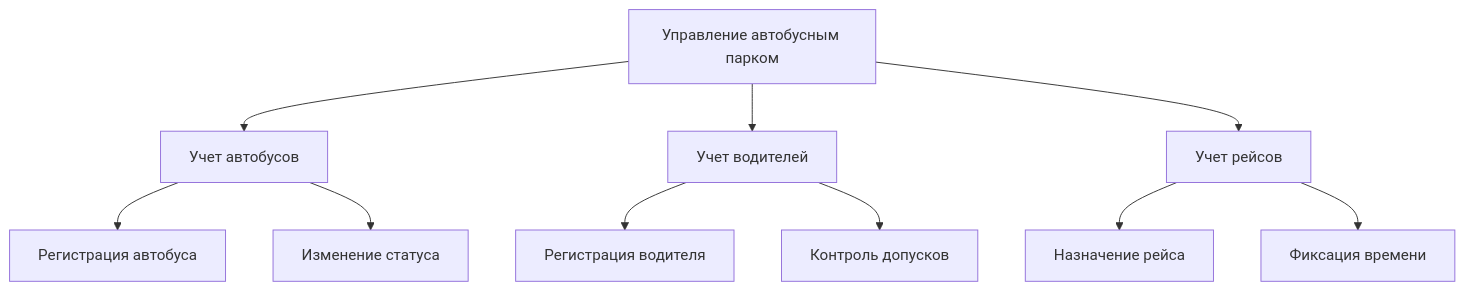
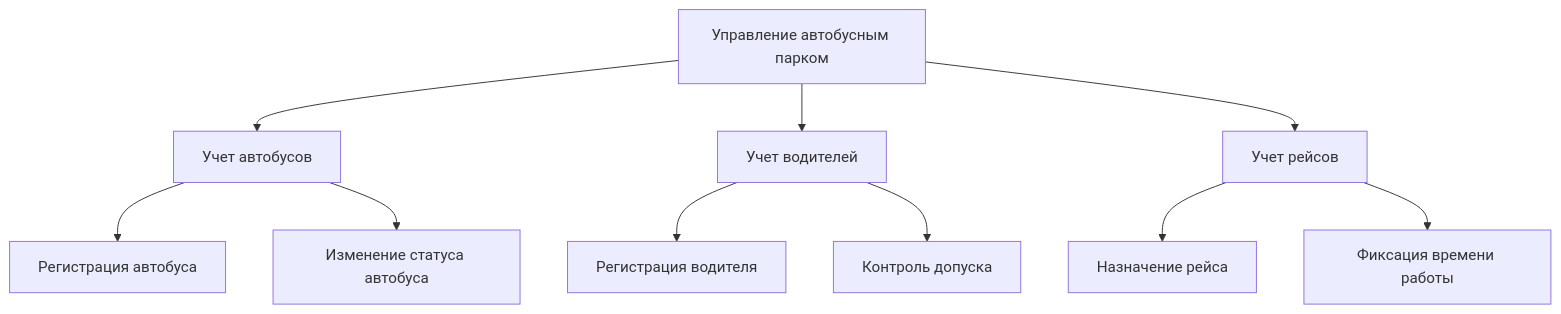
Before and after one commit to kirill483/ep: the fourth of 7 diagrams in README.md, drawn with Mermaid. The commit also changed other lines of this file, not shown here.

````diff
--- a/README.md
+++ b/README.md
@@ -130,23 +117,28 @@
 ```mermaid
 flowchart TD
     A0[Управление автобусным парком]
 
     A1[Учет автобусов]
     A11[Регистрация автобуса]
-    A12[Изменение статуса]
+    A12[Изменение статуса автобуса]
 
     A2[Учет водителей]
     A21[Регистрация водителя]
-    A22[Контроль допусков]
+    A22[Контроль допуска]
 
     A3[Учет рейсов]
     A31[Назначение рейса]
-    A32[Фиксация времени]
+    A32[Фиксация времени работы]
 
-    A0 --> A1 --> A11
+    A0 --> A1
+    A1 --> A11
     A1 --> A12
-    A0 --> A2 --> A21
+
+    A0 --> A2
+    A2 --> A21
     A2 --> A22
-    A0 --> A3 --> A31
+
+    A0 --> A3
+    A3 --> A31
     A3 --> A32
 ```
````
